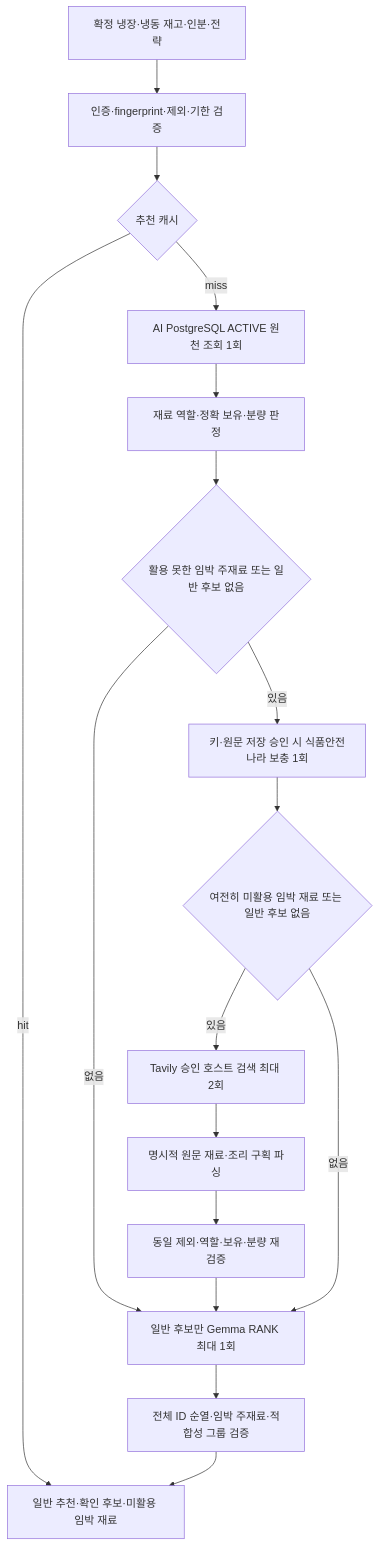
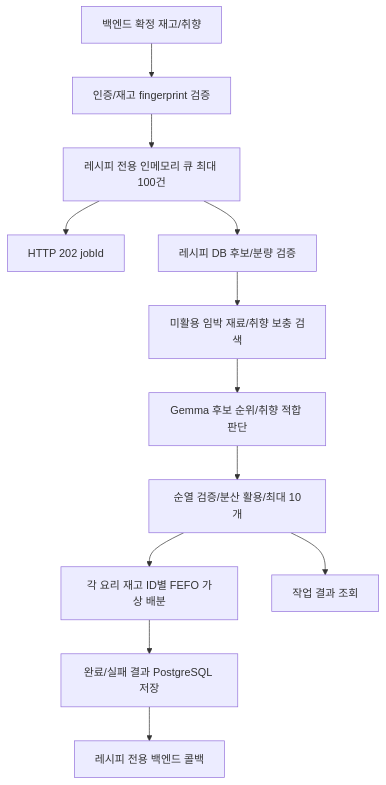
Before and after one commit to 100-hours-a-week/KTB4-5th-AI: the diagram in fastapi/docs/recipe_ai_recommendations.md, drawn with Mermaid. The commit also changed other lines of this file and 22 other files, not shown here.

````diff
--- a/fastapi/docs/recipe_ai_recommendations.md
+++ b/fastapi/docs/recipe_ai_recommendations.md
@@ -34,19 +54,14 @@
 ```mermaid
 flowchart TD
-    INPUT[확정 냉장·냉동 재고·인분·전략] --> VALID[인증·fingerprint·제외·기한 검증]
-    VALID --> CACHE{추천 캐시}
-    CACHE -- hit --> OUT[일반 추천·확인 후보·미활용 임박 재료]
-    CACHE -- miss --> DB[AI PostgreSQL ACTIVE 원천 조회 1회]
-    DB --> CHECK[재료 역할·정확 보유·분량 판정]
-    CHECK --> GAP{활용 못한 임박 주재료 또는 일반 후보 없음}
-    GAP -- 없음 --> RANK[일반 후보만 Gemma RANK 최대 1회]
-    GAP -- 있음 --> FS[키·원문 저장 승인 시 식품안전나라 보충 1회]
-    FS --> AGAIN{여전히 미활용 임박 재료 또는 일반 후보 없음}
-    AGAIN -- 있음 --> WEB[Tavily 승인 호스트 검색 최대 2회]
-    WEB --> PARSE[명시적 원문 재료·조리 구획 파싱]
-    PARSE --> RECHECK[동일 제외·역할·보유·분량 재검증]
-    RECHECK --> RANK
-    AGAIN -- 없음 --> RANK
-    RANK --> GUARD[전체 ID 순열·임박 주재료·적합성 그룹 검증]
-    GUARD --> OUT
+    BE[백엔드 확정 재고/취향] --> AUTH[인증/재고 fingerprint 검증]
+    AUTH --> Q[레시피 전용 인메모리 큐 최대 100건]
+    Q --> ACCEPT[HTTP 202 jobId]
+    Q --> DB[레시피 DB 후보/분량 검증]
+    DB --> SEARCH[미활용 임박 재료/취향 보충 검색]
+    SEARCH --> AI[Gemma 후보 순위/취향 적합 판단]
+    AI --> VERIFY[순열 검증/분산 활용/최대 10개]
+    VERIFY --> MAP[각 요리 재고 ID별 FEFO 가상 배분]
+    MAP --> HISTORY[완료/실패 결과 PostgreSQL 저장]
+    HISTORY --> CALLBACK[레시피 전용 백엔드 콜백]
+    VERIFY --> GET[작업 결과 조회]
 ```
````
